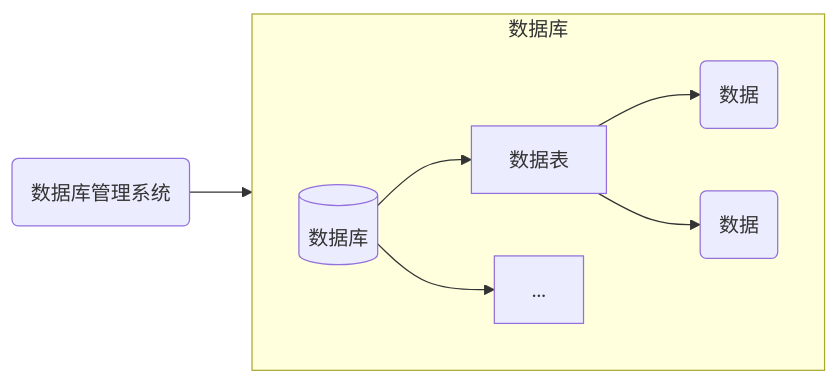
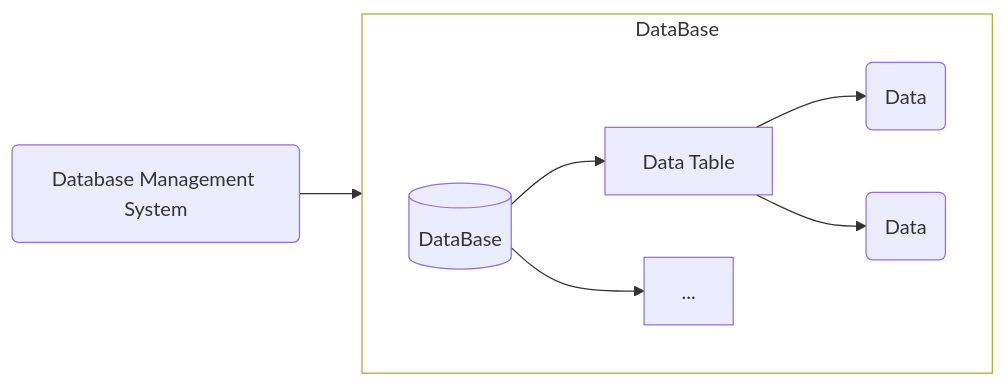
One commit to domeniczz/learnJavaDev changed the first of 3 diagrams in Basics/Java数据库.md. Above: the diagram before and after it, drawn with Mermaid. The commit also changed other lines of this file and 6 other files, not shown here.

````diff
--- a/Basics/Java数据库.md
+++ b/Basics/Java数据库.md
@@ -240,11 +240,13 @@
 ```mermaid
 flowchart LR
-  subgraph 数据库
+  subgraph DataBase
   direction LR
-    B[("数据库")] --> C["数据表"]
+    B[("DataBase")] --> C["Data Table"]
     B --> D["..."]
-    C["数据表"] --> E("数据")
-    C --> F("数据")
+    C --> E("Data")
+    C --> F("Data")
   end
-  A("数据库管理系统") --> 数据库
+  A("Database Management System") --> DataBase
+  classDef subgraphstyle fill:transparent
+  class DataBase subgraphstyle
 ```
````
